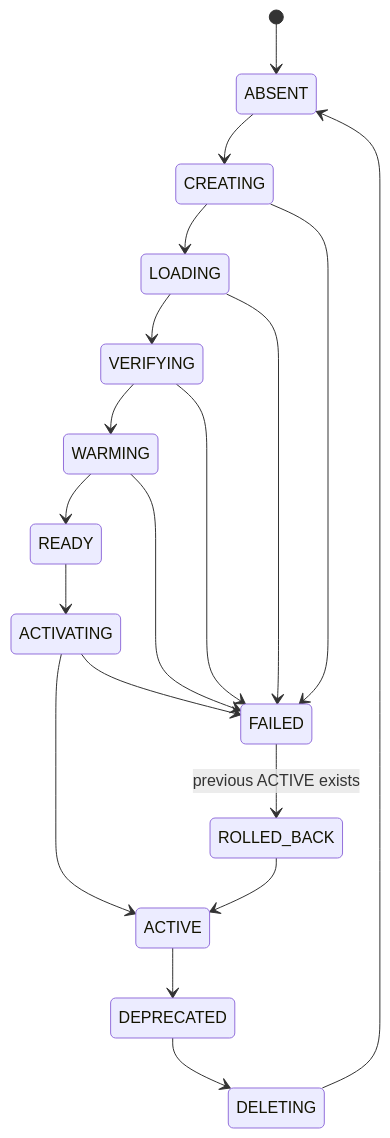
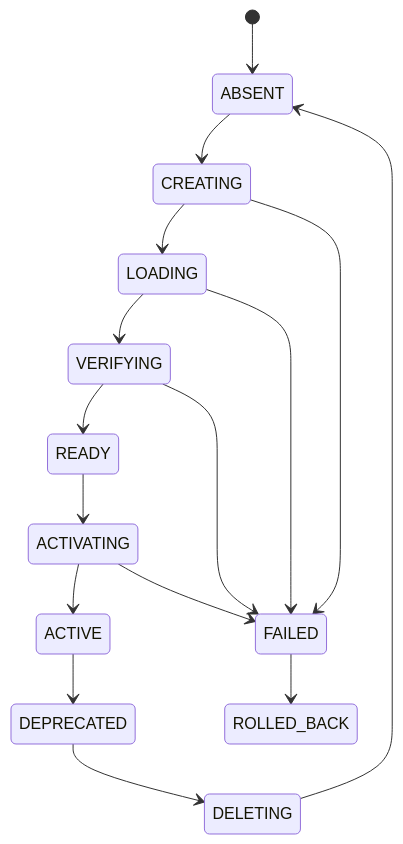
One commit to settorka/hybrid-search changed the second of 2 diagrams in v2/look ahead.md. Above: the diagram before and after it, drawn with Mermaid. The commit also changed other lines of this file and 40 other files, not shown here.

````diff
--- a/v2/look ahead.md
+++ b/v2/look ahead.md
@@ -143,24 +71,18 @@
 ```mermaid
 stateDiagram-v2
   [*] --> ABSENT
   ABSENT --> CREATING
   CREATING --> LOADING
   LOADING --> VERIFYING
-  VERIFYING --> WARMING
-  WARMING --> READY
+  VERIFYING --> READY
   READY --> ACTIVATING
   ACTIVATING --> ACTIVE
-
   ACTIVE --> DEPRECATED
   DEPRECATED --> DELETING
   DELETING --> ABSENT
-
   CREATING --> FAILED
   LOADING --> FAILED
   VERIFYING --> FAILED
-  WARMING --> FAILED
   ACTIVATING --> FAILED
-
-  FAILED --> ROLLED_BACK: previous ACTIVE exists
-  ROLLED_BACK --> ACTIVE
+  FAILED --> ROLLED_BACK
 ```
````
